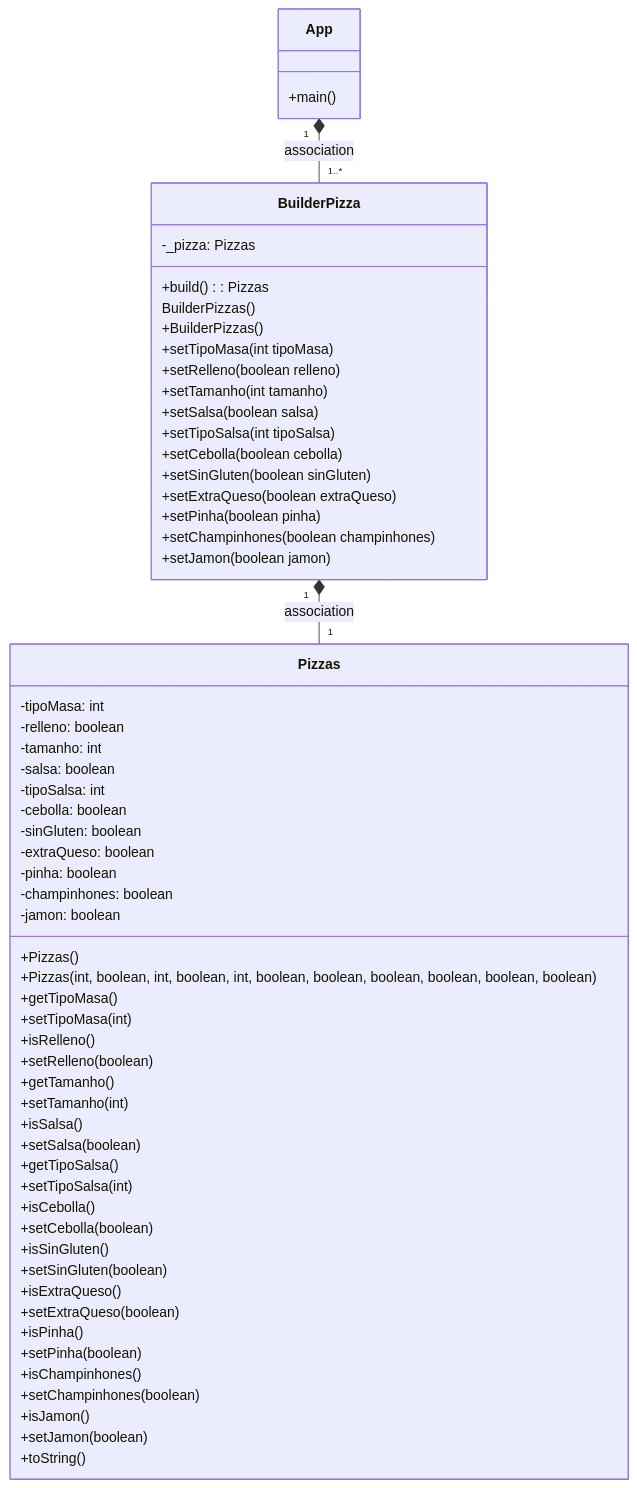
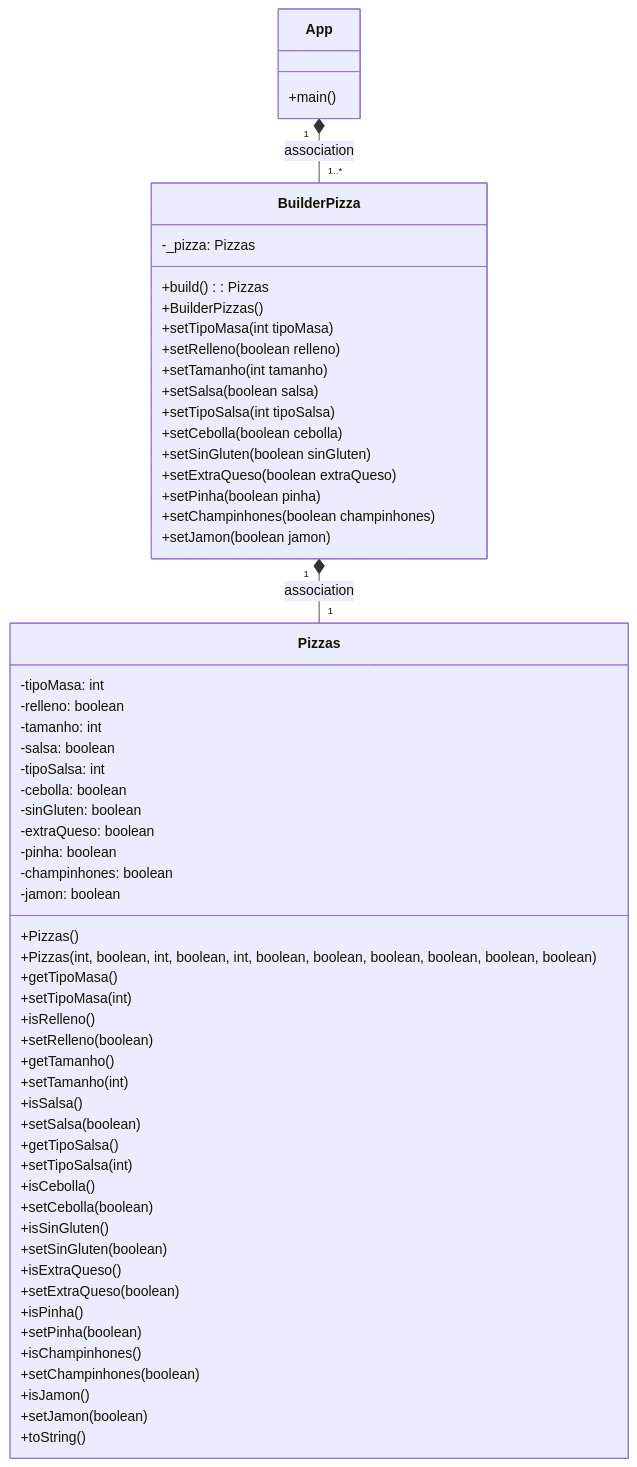
Before and after one commit to JorgeAmestoy/PatronBuilder: the diagram in readme.md, drawn with Mermaid.

Commit message:
Corrijo readme

````diff
--- a/readme.md
+++ b/readme.md
@@ -22,75 +22,74 @@
 ```mermaid
   classDiagram
   App "1" *-- "1..*" BuilderPizza : association
   class App{
       +main()
   }
   class BuilderPizza{
             
              
 -_pizza: Pizzas
  +build(): Pizzas
- BuilderPizzas()
 +BuilderPizzas()
 +setTipoMasa(int tipoMasa)
 +setRelleno(boolean relleno)
 +setTamanho(int tamanho)
 +setSalsa(boolean salsa)
 +setTipoSalsa(int tipoSalsa)
 +setCebolla(boolean cebolla)
 +setSinGluten(boolean sinGluten)
 +setExtraQueso(boolean extraQueso)
 +setPinha(boolean pinha)
 +setChampinhones(boolean champinhones)
 +setJamon(boolean jamon)
 
   }
   BuilderPizza "1" *-- "1" Pizzas: association
   class Pizzas{
 -tipoMasa: int
             -relleno: boolean
             -tamanho: int
             -salsa: boolean
             -tipoSalsa: int
             -cebolla: boolean
             -sinGluten: boolean
             -extraQueso: boolean
             -pinha: boolean
             -champinhones: boolean
             -jamon: boolean
             +Pizzas()
             +Pizzas(int, boolean, int, boolean, int, boolean, boolean, boolean, boolean, boolean, boolean)
             +getTipoMasa()
             +setTipoMasa(int)
             +isRelleno()
             +setRelleno(boolean)
             +getTamanho()
             +setTamanho(int)
             +isSalsa()
             +setSalsa(boolean)
             +getTipoSalsa()
             +setTipoSalsa(int)
             +isCebolla()
             +setCebolla(boolean)
             +isSinGluten()
             +setSinGluten(boolean)
             +isExtraQueso()
             +setExtraQueso(boolean)
             +isPinha()
             +setPinha(boolean)
             +isChampinhones()
             +setChampinhones(boolean)
             +isJamon()
             +setJamon(boolean)
             +toString()
 
 
 
 
 
 
   
   
   }
   
 ```
````
